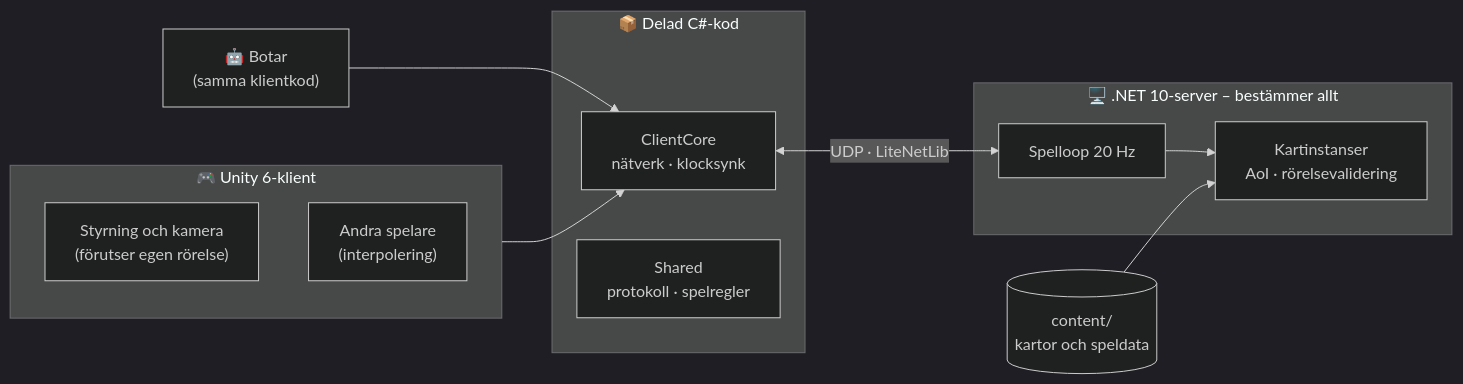
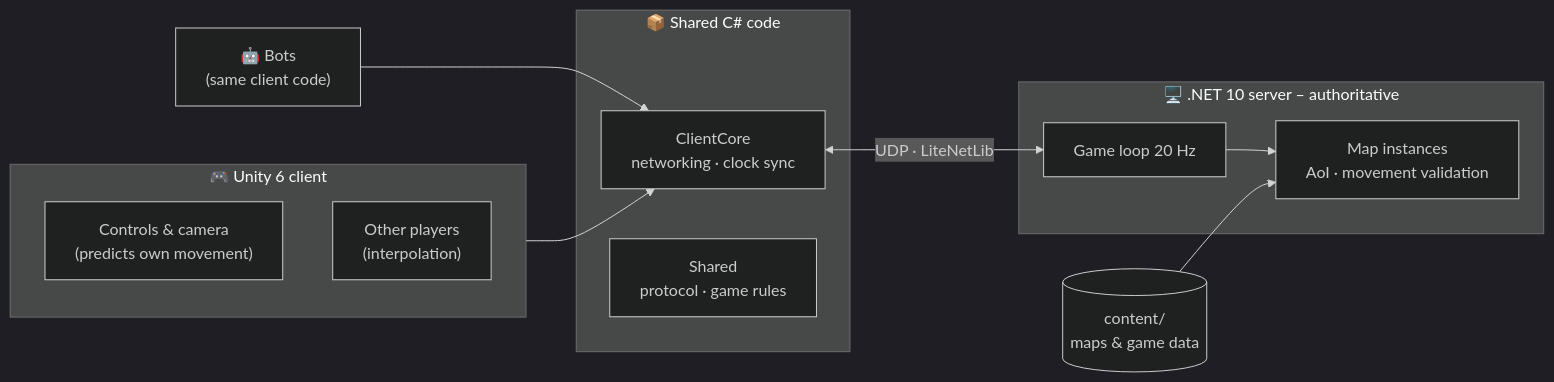
Before and after one commit to Mad-Mange/Madlands: the diagram in README.md, drawn with Mermaid (dark theme). The commit also changed other lines of this file and 24 other files, not shown here.

````diff
--- a/README.md
+++ b/README.md
@@ -89,23 +89,23 @@
 ```mermaid
 flowchart LR
-    subgraph client["🎮 Unity 6-klient"]
-        input["Styrning och kamera<br/>(förutser egen rörelse)"]
-        view["Andra spelare<br/>(interpolering)"]
+    subgraph client["🎮 Unity 6 client"]
+        input["Controls & camera<br/>(predicts own movement)"]
+        view["Other players<br/>(interpolation)"]
     end
-    subgraph shared["📦 Delad C#-kod"]
-        core["ClientCore<br/>nätverk · klocksynk"]
-        sh["Shared<br/>protokoll · spelregler"]
+    subgraph shared["📦 Shared C# code"]
+        core["ClientCore<br/>networking · clock sync"]
+        sh["Shared<br/>protocol · game rules"]
     end
-    subgraph server["🖥️ .NET 10-server – bestämmer allt"]
-        loop["Spelloop 20 Hz"]
-        maps["Kartinstanser<br/>AoI · rörelsevalidering"]
+    subgraph server["🖥️ .NET 10 server – authoritative"]
+        loop["Game loop 20 Hz"]
+        maps["Map instances<br/>AoI · movement validation"]
         loop --> maps
     end
-    bots["🤖 Botar<br/>(samma klientkod)"]
-    content[("content/<br/>kartor och speldata")]
+    bots["🤖 Bots<br/>(same client code)"]
+    content[("content/<br/>maps & game data")]
 
     client --> core
     bots --> core
     core <-->|"UDP · LiteNetLib"| loop
     content --> maps
 ```
````
